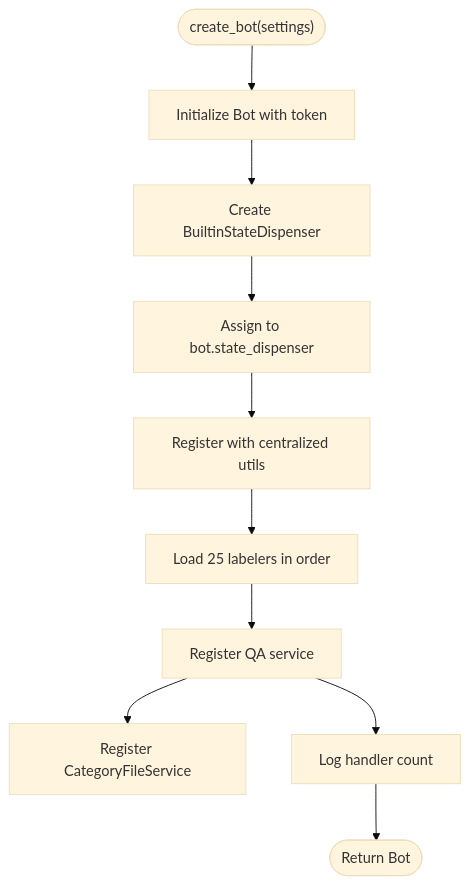
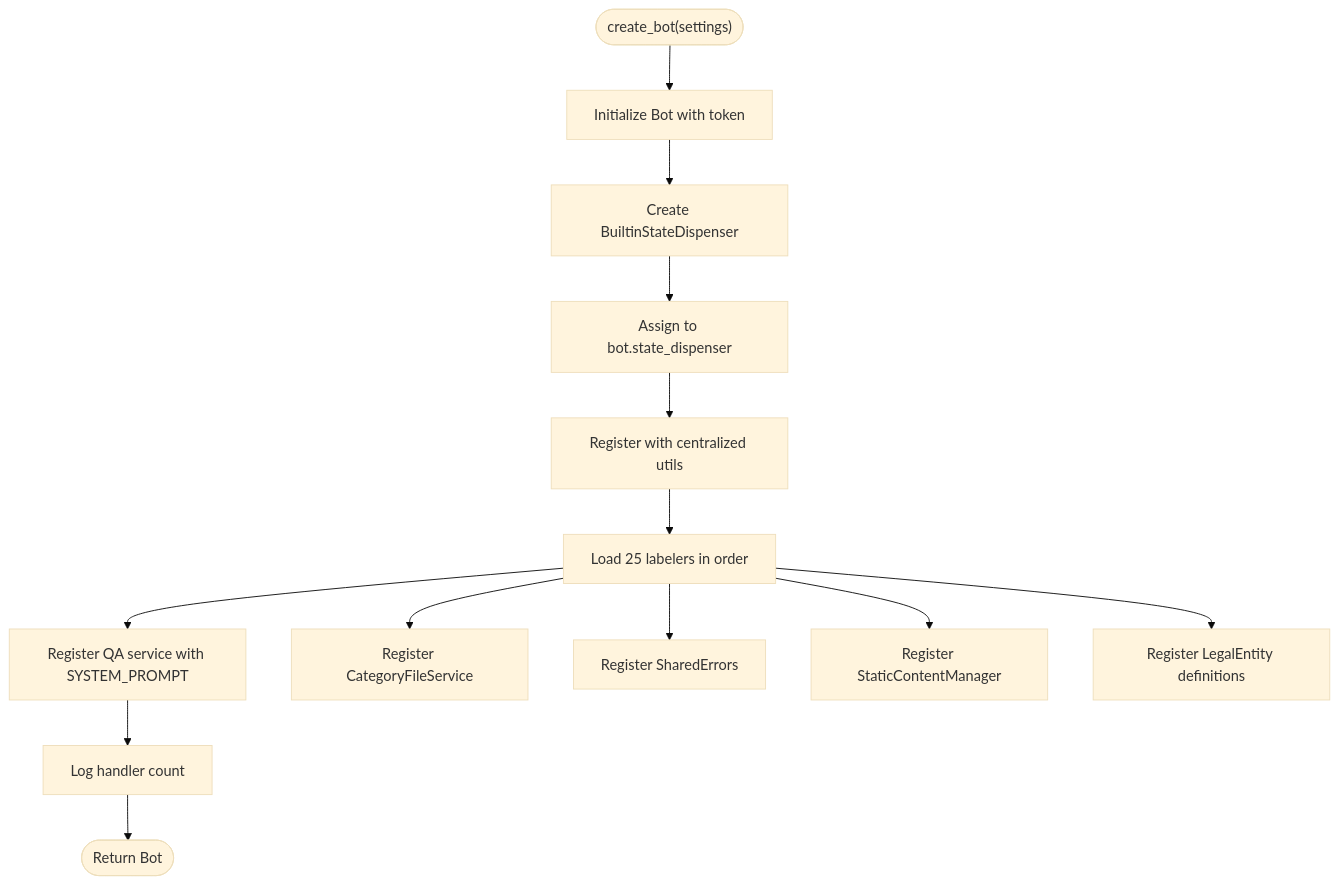
One commit to ognelis/cafetera_hr_bot changed diagram 28 of 35 in .qoder/repowiki/en/content/VK Integration/VK Integration.md. Above: the diagram before and after it, drawn with Mermaid (base theme). The commit also changed other lines of this file and 51 other files, not shown here.

````diff
--- a/.qoder/repowiki/en/content/VK Integration/VK Integration.md
+++ b/.qoder/repowiki/en/content/VK Integration/VK Integration.md
@@ -1164,12 +1486,15 @@
 ```mermaid
 flowchart TD
 Start(["create_bot(settings)"]) --> Init["Initialize Bot with token"]
 Init --> ShareState["Create BuiltinStateDispenser"]
 ShareState --> AssignSD["Assign to bot.state_dispenser"]
 AssignSD --> RegisterSD["Register with centralized utils"]
 RegisterSD --> LoadHandlers["Load 25 labelers in order"]
-LoadHandlers --> RegisterServices["Register QA service"]
-RegisterServices --> RegisterCategoryService["Register CategoryFileService"]
+LoadHandlers --> RegisterServices["Register QA service with SYSTEM_PROMPT"]
+LoadHandlers --> RegisterCategoryService["Register CategoryFileService"]
+LoadHandlers --> RegisterSharedErrors["Register SharedErrors"]
+LoadHandlers --> RegisterStaticContent["Register StaticContentManager"]
+LoadHandlers --> RegisterEntities["Register LegalEntity definitions"]
 RegisterServices --> Log["Log handler count"]
 Log --> ReturnBot(["Return Bot"])
 ```
````
